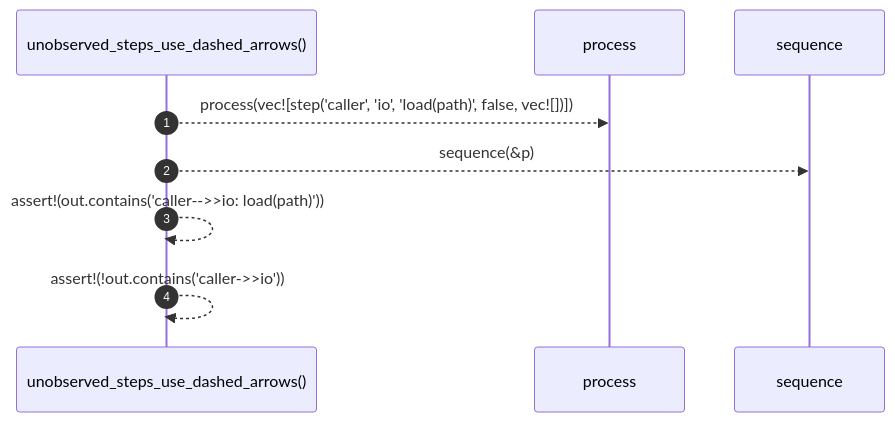
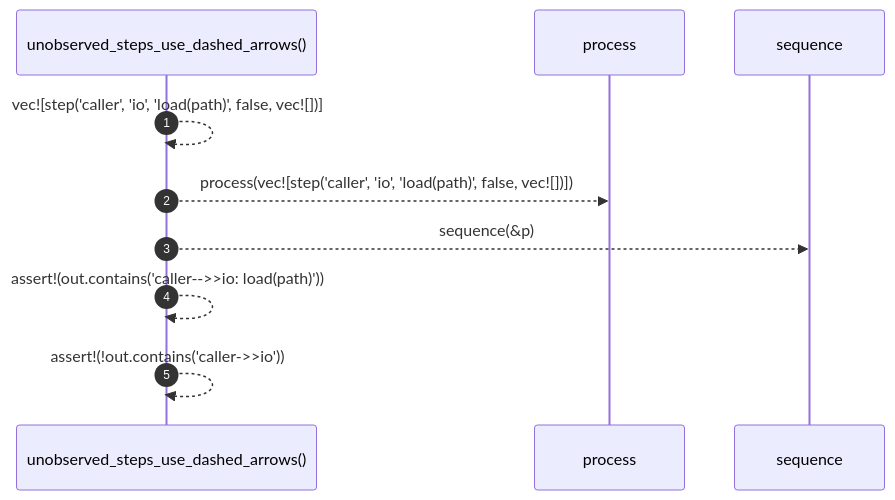
One commit to RyanGuild/self-describing-code changed the diagram in docs/self-model/robby_render/test_render/unobserved-steps-use-dashed-arrows.md. Above: the diagram before and after it, drawn with Mermaid. The commit also changed other lines of this file and 1404 other files, not shown here.

````diff
--- a/docs/self-model/robby_render/test_render/unobserved-steps-use-dashed-arrows.md
+++ b/docs/self-model/robby_render/test_render/unobserved-steps-use-dashed-arrows.md
@@ -22,11 +22,12 @@
 ```mermaid
 sequenceDiagram
     autonumber
     participant unobserved_steps_use_dashed_arrows as unobserved_steps_use_dashed_arrows()
     participant process as process
     participant sequence as sequence
+    unobserved_steps_use_dashed_arrows-->>unobserved_steps_use_dashed_arrows: vec![step('caller', 'io', 'load(path)', false, vec![])]
     unobserved_steps_use_dashed_arrows-->>process: process(vec![step('caller', 'io', 'load(path)', false, vec![])])
     unobserved_steps_use_dashed_arrows-->>sequence: sequence(&p)
     unobserved_steps_use_dashed_arrows-->>unobserved_steps_use_dashed_arrows: assert!(out.contains('caller-->>io: load(path)'))
     unobserved_steps_use_dashed_arrows-->>unobserved_steps_use_dashed_arrows: assert!(!out.contains('caller->>io'))
 ```
````
